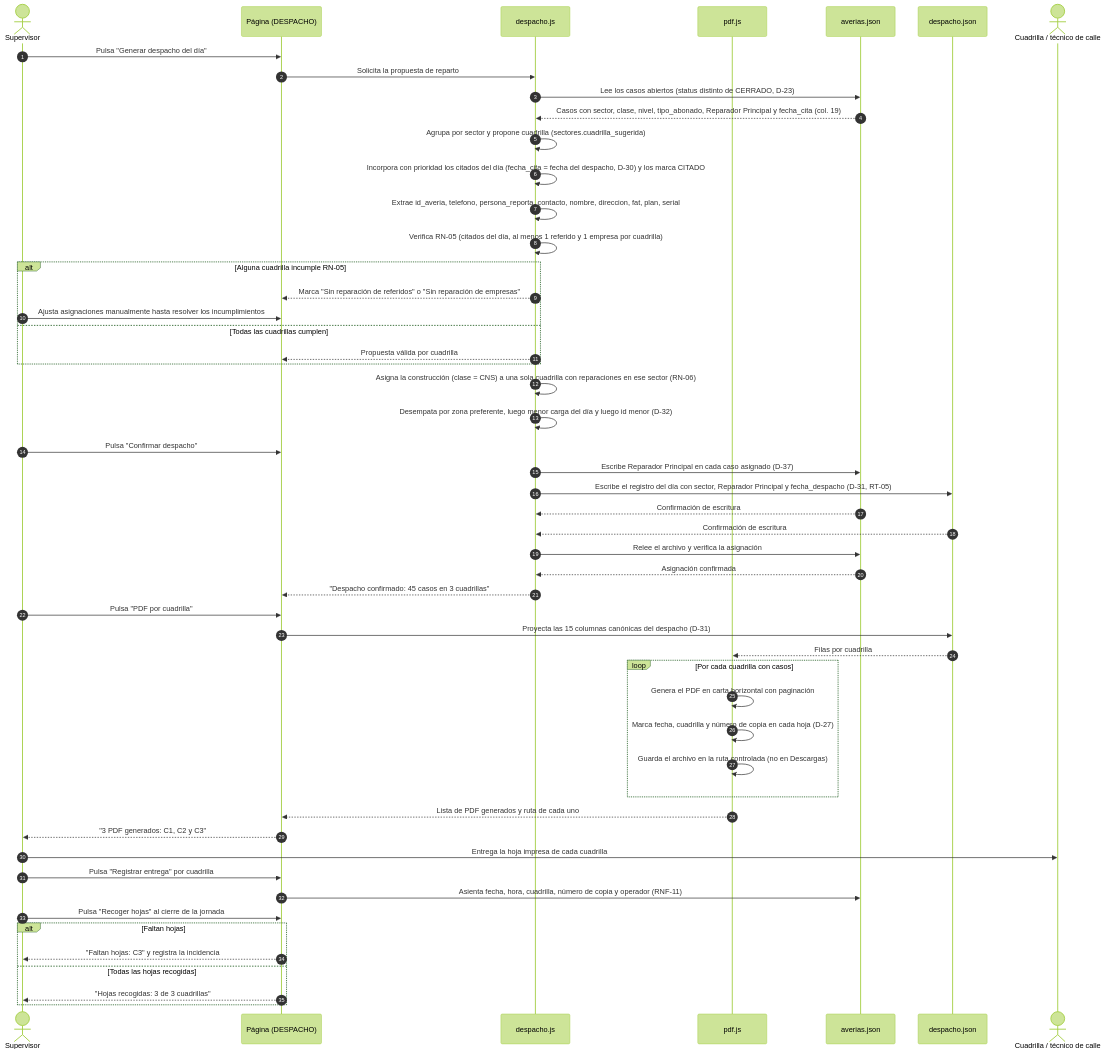
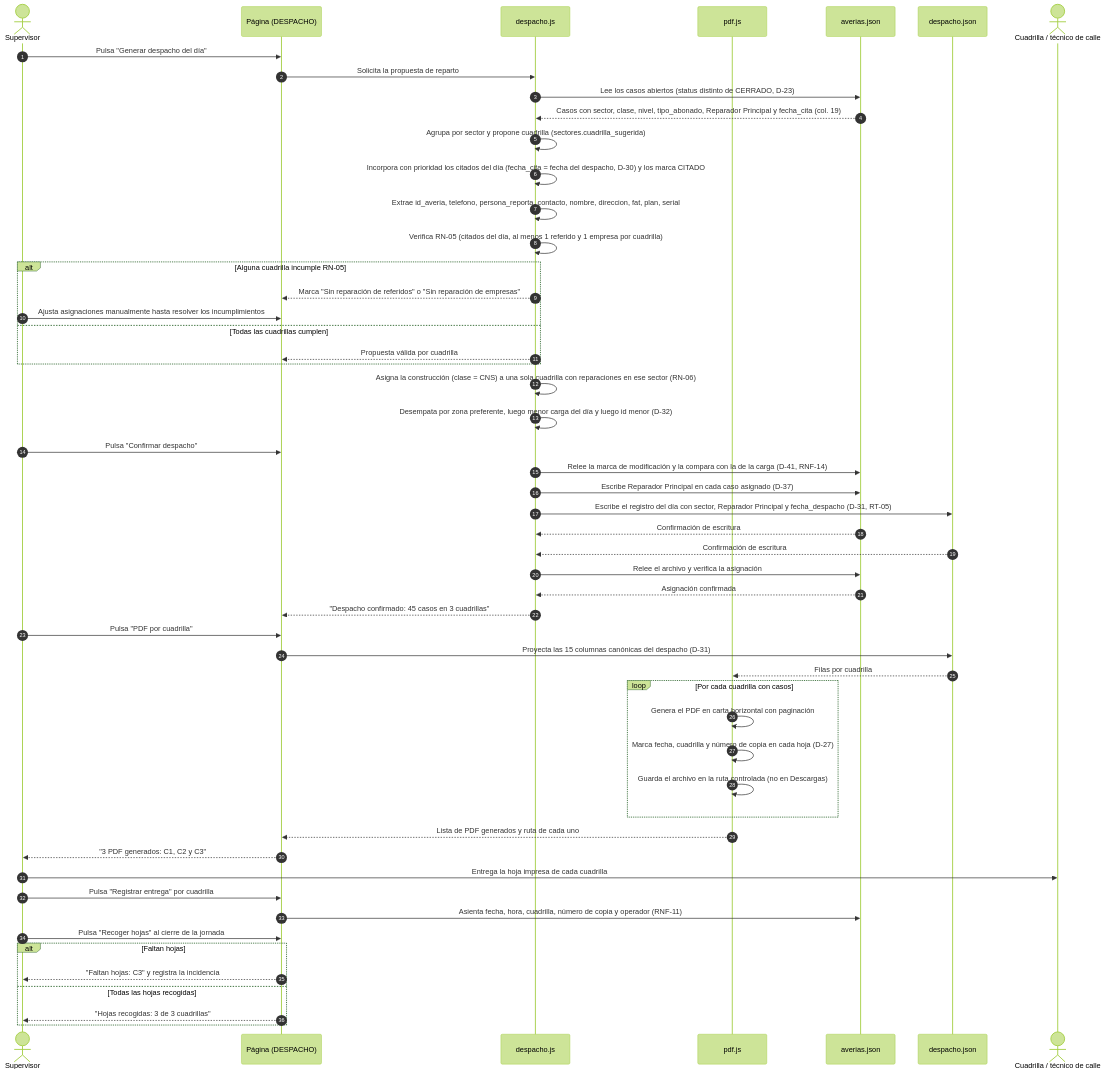
One commit to anlucorporations/GGTO changed the seventh of 8 diagrams in RepoTecnico/casos_uso/diagramas.md. Above: the diagram before and after it, drawn with Mermaid (forest theme). The commit also changed other lines of this file and 4 other files, not shown here.

````diff
--- a/RepoTecnico/casos_uso/diagramas.md
+++ b/RepoTecnico/casos_uso/diagramas.md
@@ -368,55 +382,56 @@
 ```mermaid
 sequenceDiagram
     autonumber
     actor SUP as Supervisor
     participant UI as Página (DESPACHO)
     participant DSP as despacho.js
     participant PGF as pdf.js
     participant MAE as averias.json
     participant DES as despacho.json
     actor CUA as Cuadrilla / técnico de calle
 
     SUP->>UI: Pulsa "Generar despacho del día"
     UI->>DSP: Solicita la propuesta de reparto
     DSP->>MAE: Lee los casos abiertos (status distinto de CERRADO, D-23)
     MAE-->>DSP: Casos con sector, clase, nivel, tipo_abonado, Reparador Principal y fecha_cita (col. 19)
     DSP->>DSP: Agrupa por sector y propone cuadrilla (sectores.cuadrilla_sugerida)
     DSP->>DSP: Incorpora con prioridad los citados del día (fecha_cita = fecha del despacho, D-30) y los marca CITADO
     DSP->>DSP: Extrae id_averia, telefono, persona_reporta, contacto, nombre, direccion, fat, plan, serial
     DSP->>DSP: Verifica RN-05 (citados del día, al menos 1 referido y 1 empresa por cuadrilla)
     alt Alguna cuadrilla incumple RN-05
         DSP-->>UI: Marca "Sin reparación de referidos" o "Sin reparación de empresas"
         SUP->>UI: Ajusta asignaciones manualmente hasta resolver los incumplimientos
     else Todas las cuadrillas cumplen
         DSP-->>UI: Propuesta válida por cuadrilla
     end
     DSP->>DSP: Asigna la construcción (clase = CNS) a una sola cuadrilla con reparaciones en ese sector (RN-06)
     DSP->>DSP: Desempata por zona preferente, luego menor carga del día y luego id menor (D-32)
     SUP->>UI: Pulsa "Confirmar despacho"
+    DSP->>MAE: Relee la marca de modificación y la compara con la de la carga (D-41, RNF-14)
     DSP->>MAE: Escribe Reparador Principal en cada caso asignado (D-37)
     DSP->>DES: Escribe el registro del día con sector, Reparador Principal y fecha_despacho (D-31, RT-05)
     MAE-->>DSP: Confirmación de escritura
     DES-->>DSP: Confirmación de escritura
     DSP->>MAE: Relee el archivo y verifica la asignación
     MAE-->>DSP: Asignación confirmada
     DSP-->>UI: "Despacho confirmado: 45 casos en 3 cuadrillas"
     SUP->>UI: Pulsa "PDF por cuadrilla"
     UI->>DES: Proyecta las 15 columnas canónicas del despacho (D-31)
     DES-->>PGF: Filas por cuadrilla
     loop Por cada cuadrilla con casos
         PGF->>PGF: Genera el PDF en carta horizontal con paginación
         PGF->>PGF: Marca fecha, cuadrilla y número de copia en cada hoja (D-27)
         PGF->>PGF: Guarda el archivo en la ruta controlada (no en Descargas)
     end
     PGF-->>UI: Lista de PDF generados y ruta de cada uno
     UI-->>SUP: "3 PDF generados: C1, C2 y C3"
     SUP->>CUA: Entrega la hoja impresa de cada cuadrilla
     SUP->>UI: Pulsa "Registrar entrega" por cuadrilla
     UI->>MAE: Asienta fecha, hora, cuadrilla, número de copia y operador (RNF-11)
     SUP->>UI: Pulsa "Recoger hojas" al cierre de la jornada
     alt Faltan hojas
         UI-->>SUP: "Faltan hojas: C3" y registra la incidencia
     else Todas las hojas recogidas
         UI-->>SUP: "Hojas recogidas: 3 de 3 cuadrillas"
     end
 ```
````
